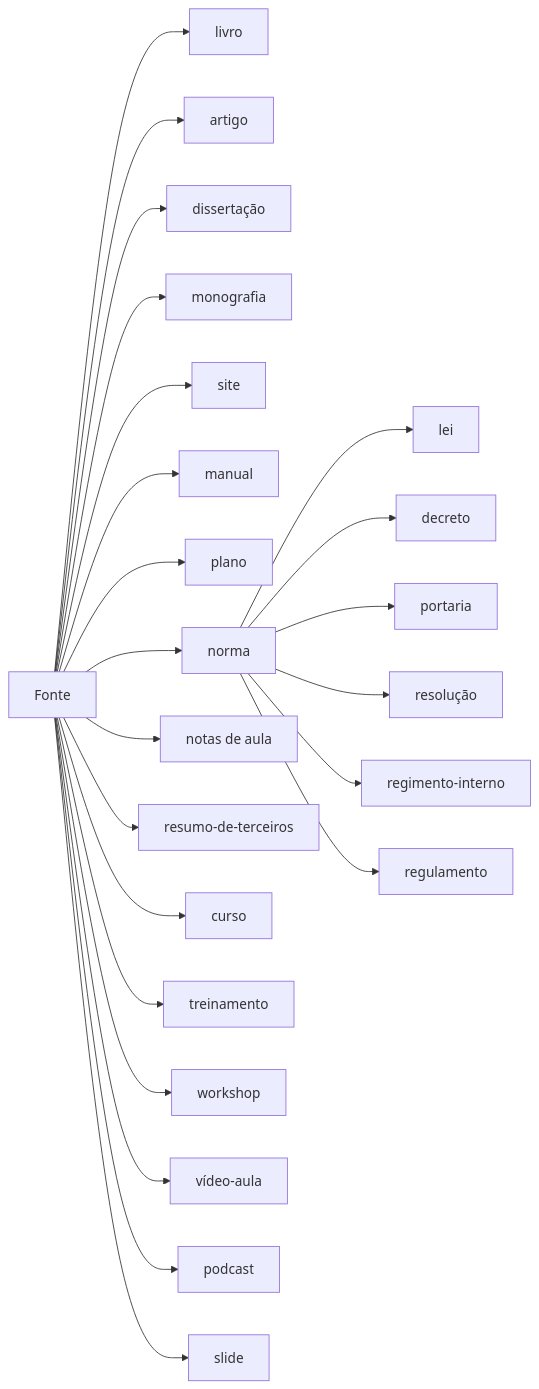
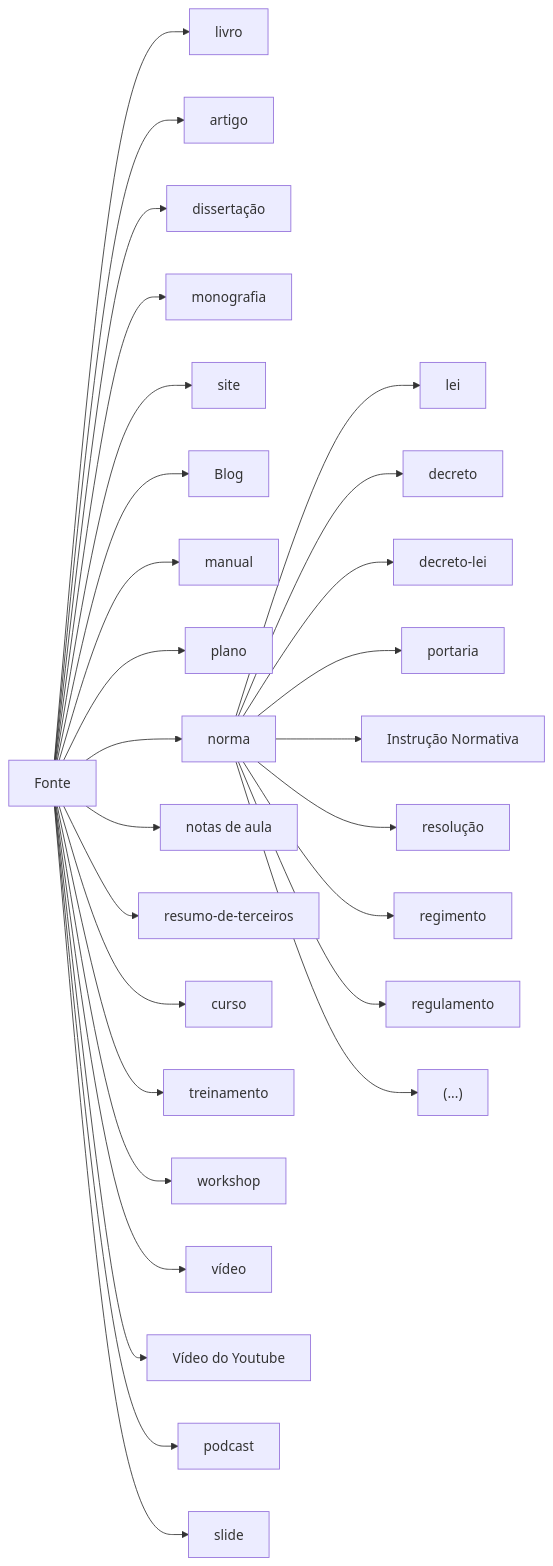
One commit to dnlclaudino/gestao-do-conhecimento changed the fourth of 5 diagrams in README.md. Above: the diagram before and after it, drawn with Mermaid. The commit also changed other lines of this file, not shown here.

Commit message:
Revisar: seção "A Hierarquia dos Repositórios"

````diff
--- a/README.md
+++ b/README.md
@@ -320,25 +320,30 @@
 ```mermaid
 graph LR;
 F[Fonte]-->L[livro];
 F-->A[artigo];
 F-->D[dissertação];
 F-->M[monografia];
 F-->S[site];
+F-->BLOG[Blog];
 F-->MAN[manual];
 F-->P[plano];
 F-->NOR[norma];
   NOR--> LEI[lei];
   NOR--> DEC[decreto];
+  NOR--> DECLEI[decreto-lei];
   NOR-->PORT[portaria];
+  NOR-->IN[Instrução Normativa];
   NOR--> RES[resolução];
-  NOR-->RI[regimento-interno];
+  NOR-->RI[regimento];
   NOR-->REG[regulamento];
+  NOR-->RET["(...)"];
 F-->NOT[notas de aula];
 F-->R[resumo-de-terceiros];
 F-->C[curso];
 F-->T[treinamento];
 F-->W[workshop];
-F-->V[vídeo-aula];
+F-->V[vídeo];
+F-->Y[Vídeo do Youtube];
 F-->POD[podcast];
 F-->SL[slide];
 ```
````
